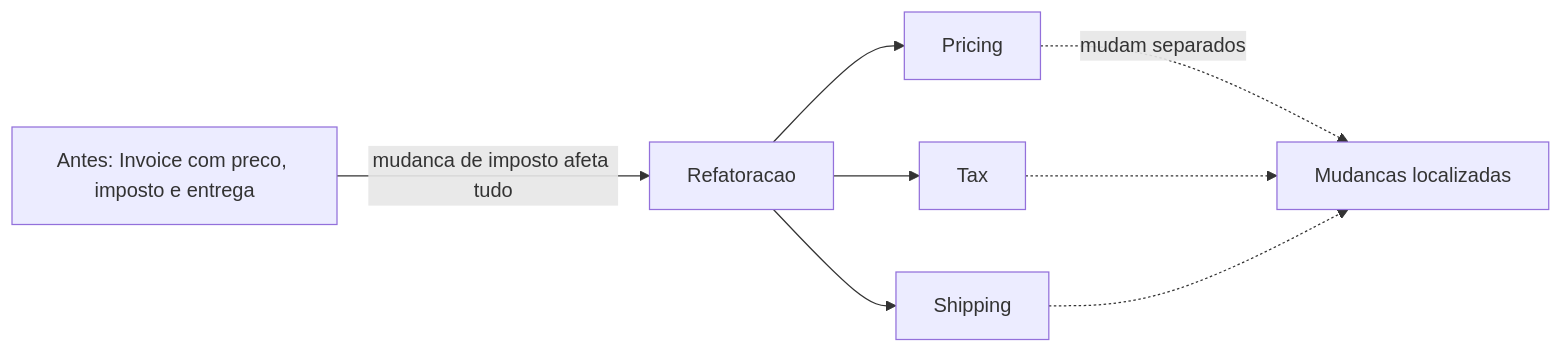
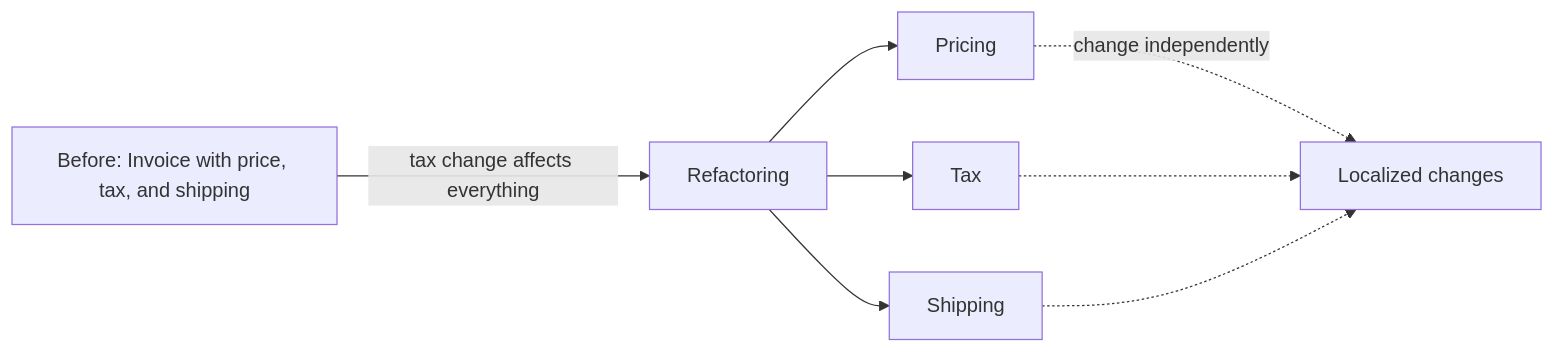
One commit to alancesar/design-patterns changed the diagram in docs/application/ddd/supple-design/conceptual-contours.md. Above: the diagram before and after it, drawn with Mermaid. The commit also changed 258 other files, not shown here.

First line of the commit message:
Translate Mermaid diagrams to English

````diff
--- a/docs/application/ddd/supple-design/conceptual-contours.md
+++ b/docs/application/ddd/supple-design/conceptual-contours.md
@@ -54,10 +54,10 @@
 ```mermaid
 flowchart LR
-    A["Antes: Invoice com preco, imposto e entrega"] -->|"mudanca de imposto afeta tudo"| B["Refatoracao"]
+    A["Before: Invoice with price, tax, and shipping"] -->|"tax change affects everything"| B["Refactoring"]
     B --> C["Pricing"]
     B --> D["Tax"]
     B --> E["Shipping"]
-    C -.->|"mudam separados"| F["Mudancas localizadas"]
+    C -.->|"change independently"| F["Localized changes"]
     D -.-> F
     E -.-> F
 ```
````
